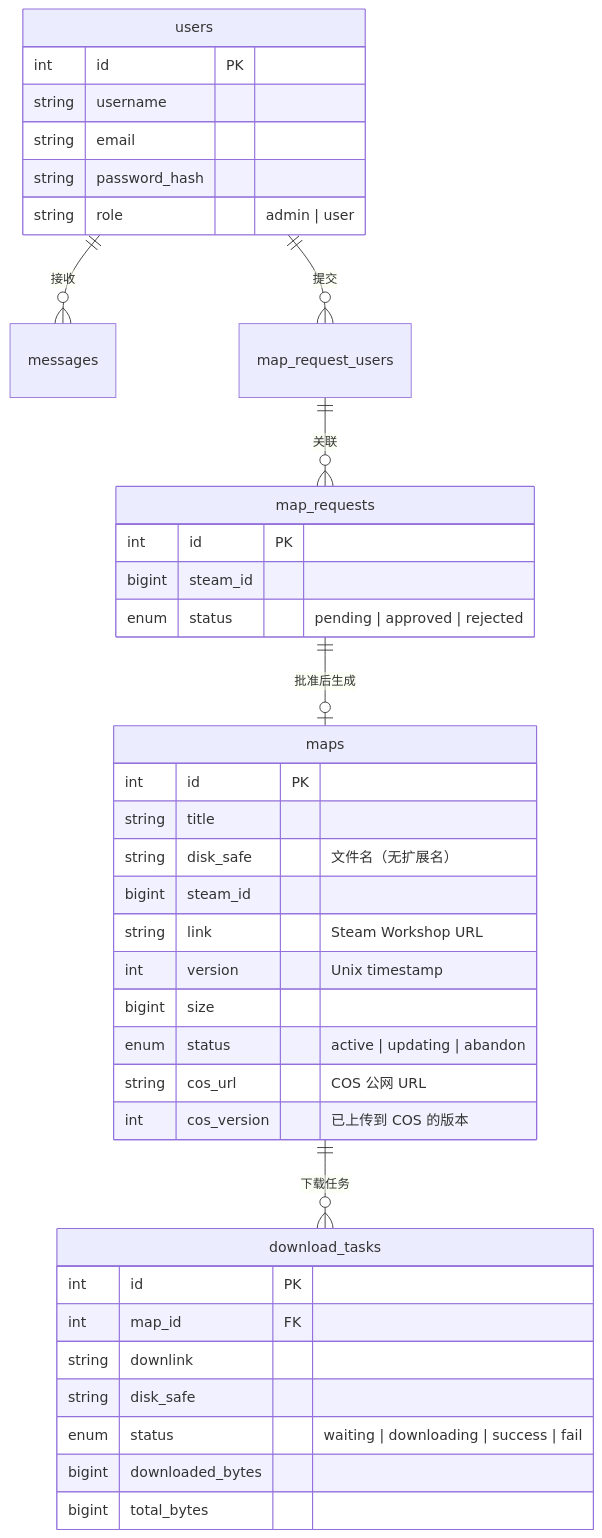
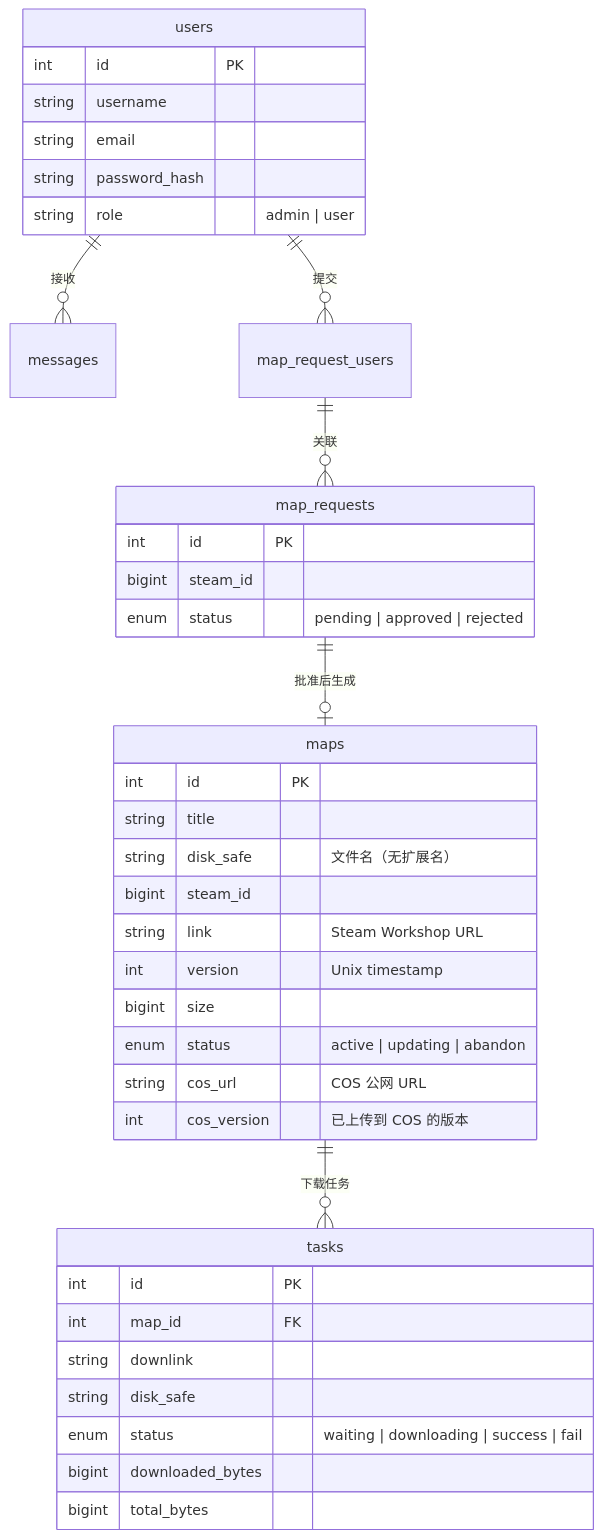
The second of 2 diagrams in web/README.md (TunArund/L4D2-ServerPack), drawn with Mermaid before and after one commit. The commit also changed other lines of this file and 15 other files, not shown here.

````diff
--- a/web/README.md
+++ b/web/README.md
@@ -113,45 +119,45 @@
 ```mermaid
 erDiagram
     users ||--o{ messages : "接收"
     users ||--o{ map_request_users : "提交"
     map_request_users ||--o{ map_requests : "关联"
     map_requests ||--o| maps : "批准后生成"
-    maps ||--o{ download_tasks : "下载任务"
+    maps ||--o{ tasks : "下载任务"
 
     users {
         int id PK
         string username
         string email
         string password_hash
         string role "admin | user"
     }
 
     maps {
         int id PK
         string title
         string disk_safe "文件名（无扩展名）"
         bigint steam_id
         string link "Steam Workshop URL"
         int version "Unix timestamp"
         bigint size
         enum status "active | updating | abandon"
         string cos_url "COS 公网 URL"
         int cos_version "已上传到 COS 的版本"
     }
 
-    download_tasks {
+    tasks {
         int id PK
         int map_id FK
         string downlink
         string disk_safe
         enum status "waiting | downloading | success | fail"
         bigint downloaded_bytes
         bigint total_bytes
     }
 
     map_requests {
         int id PK
         bigint steam_id
         enum status "pending | approved | rejected"
     }
 ```
````
